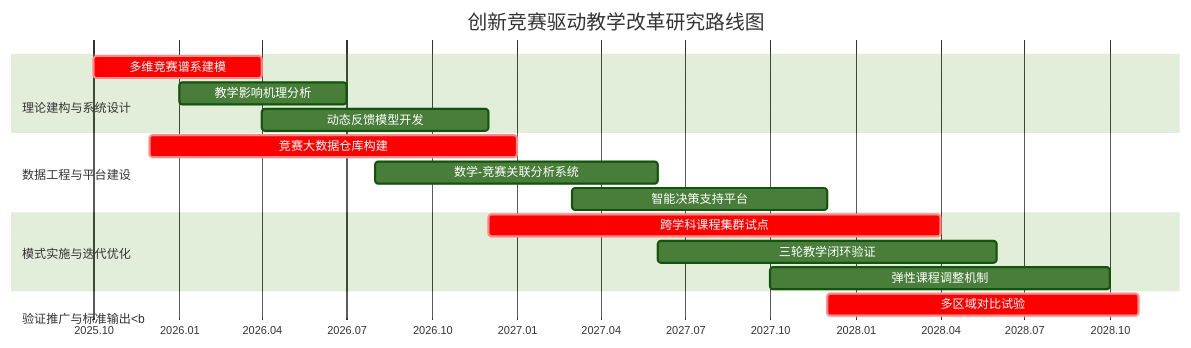
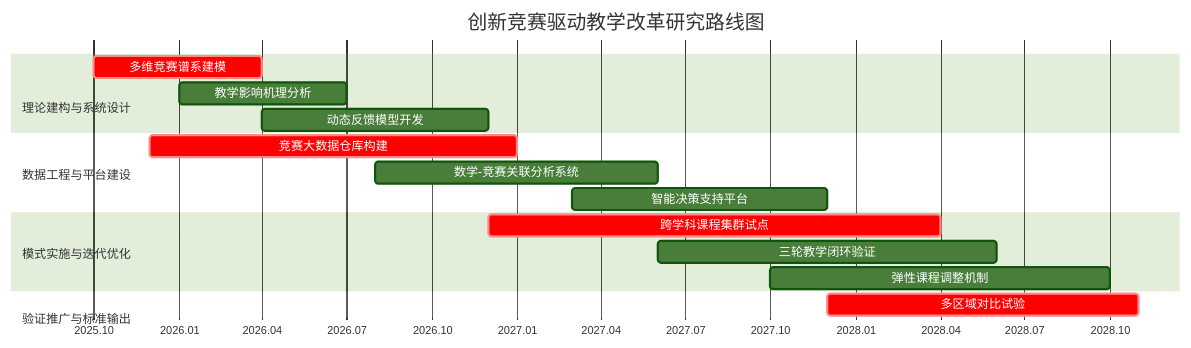
The diagram in all/代码甘特图.md (MC2001323/iodraw-files), drawn with Mermaid (forest theme) before and after one commit.

Commit message:
2025-04-08 21:19:59 update

````diff
--- a/all/代码甘特图.md
+++ b/all/代码甘特图.md
@@ -1,25 +1,25 @@
 ```mermaid
 gantt
     title 创新竞赛驱动教学改革研究路线图
     dateFormat  YYYY-MM
     axisFormat  %Y.%m
 
     section <br>理论建构与系统设计
     多维竞赛谱系建模        :crit, a1, 2025-10, 2026-04
     教学影响机理分析        :a2, 2026-01, 2026-07
     动态反馈模型开发        :a3, 2026-04, 2026-12
 
     section 数据工程与平台建设
     竞赛大数据仓库构建      :crit, b1, 2025-12, 2027-01
     数学-竞赛关联分析系统   :b2, 2026-08, 2027-06
     智能决策支持平台        :b3, 2027-03, 2027-12
 
     section 模式实施与迭代优化
     跨学科课程集群试点     :crit, c1, 2026-12, 2028-04
     三轮教学闭环验证       :c2, 2027-06, 2028-06
     弹性课程调整机制       :c3, 2027-10, 2028-10
     
-    section <br>验证推广与标准输出<b
+    section <br>验证推广与标准输出
     多区域对比试验         :crit, c4, 2027-12, 2028-11
 
 ```
````
